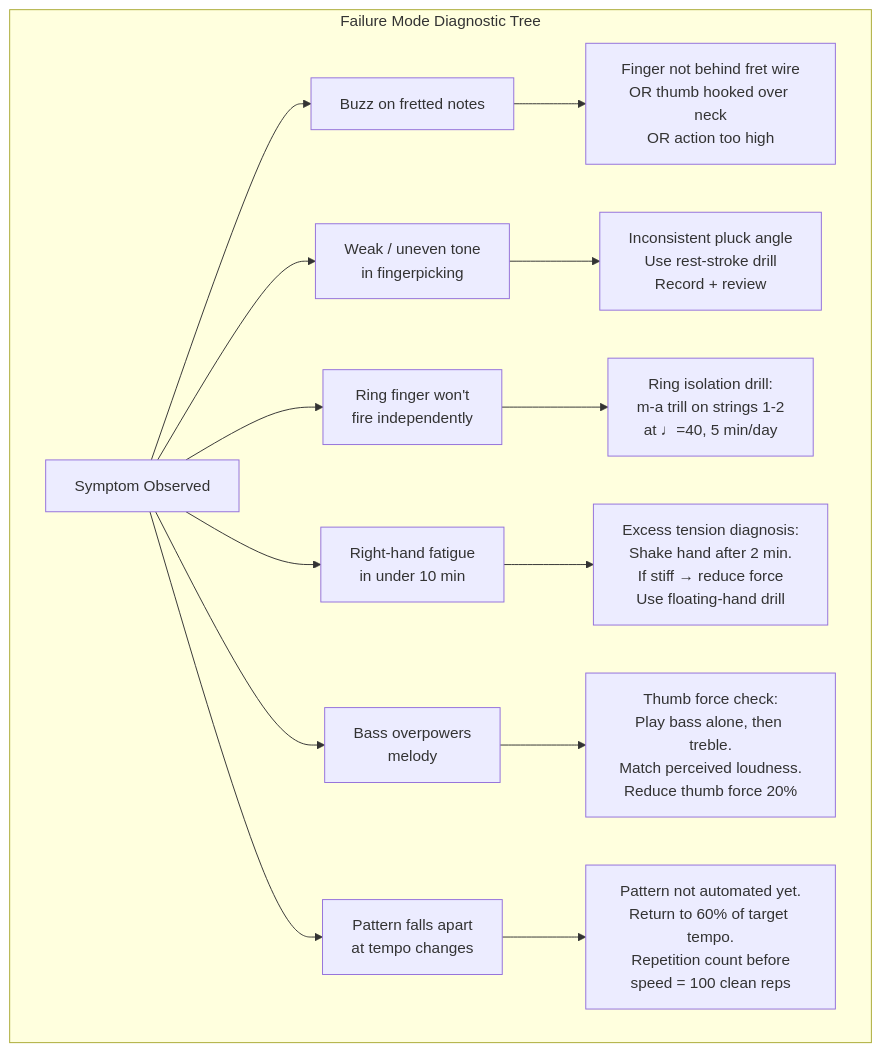
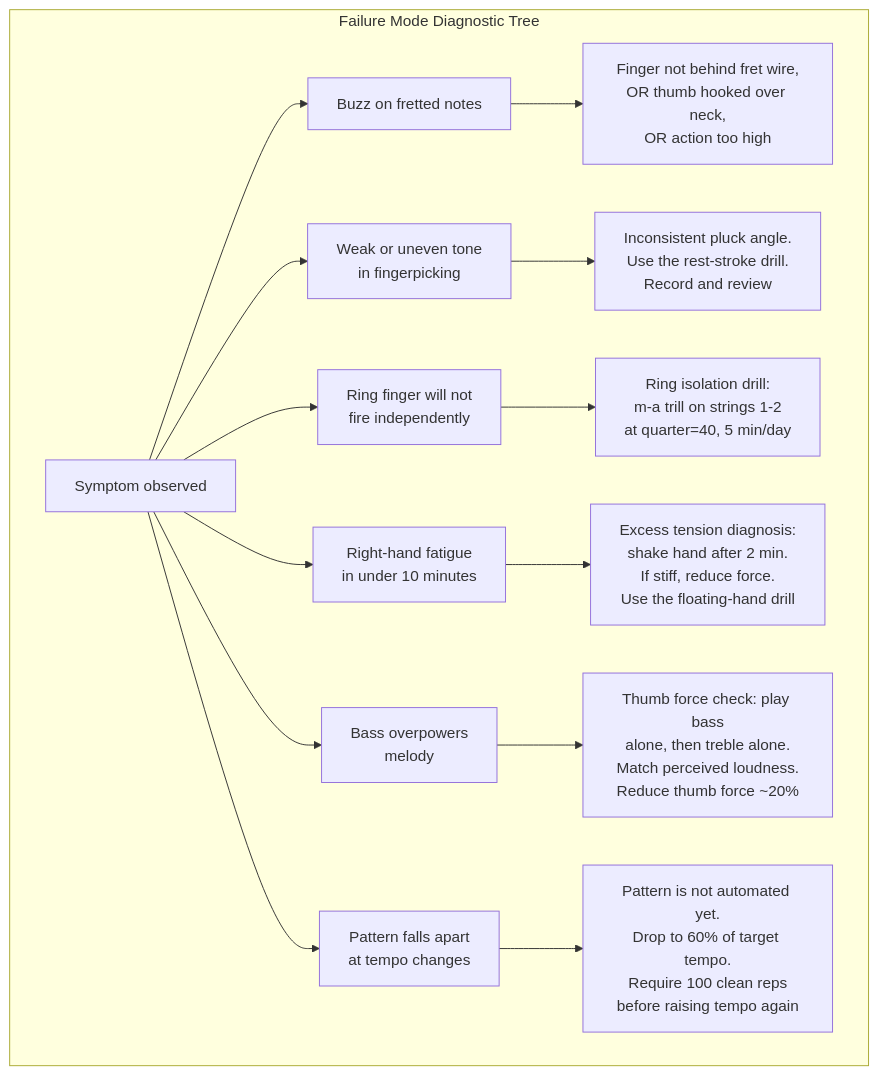
One commit to blebleblee/synapse changed the fourth of 5 diagrams in topics/arts/music_performance/acoustic_guitar/lesson_03_scales_and_fingerpicking.md. Above: the diagram before and after it, drawn with Mermaid. The commit also changed other lines of this file and 4 other files, not shown here.

````diff
--- a/topics/arts/music_performance/acoustic_guitar/lesson_03_scales_and_fingerpicking.md
+++ b/topics/arts/music_performance/acoustic_guitar/lesson_03_scales_and_fingerpicking.md
@@ -551,21 +521,26 @@
 ```mermaid
 flowchart TD
     subgraph sub_fail ["Failure Mode Diagnostic Tree"]
-        S["Symptom Observed"]
+        S["Symptom observed"]
         F1["Buzz on fretted notes"]
-        F2["Weak / uneven tone\nin fingerpicking"]
-        F3["Ring finger won't\nfire independently"]
-        F4["Right-hand fatigue\nin under 10 min"]
-        F5["Bass overpowers\nmelody"]
-        F6["Pattern falls apart\nat tempo changes"]
+        F2["Weak or uneven tone<br/>in fingerpicking"]
+        F3["Ring finger will not<br/>fire independently"]
+        F4["Right-hand fatigue<br/>in under 10 minutes"]
+        F5["Bass overpowers<br/>melody"]
+        F6["Pattern falls apart<br/>at tempo changes"]
 
-        S --> F1 & F2 & F3 & F4 & F5 & F6
+        S --> F1
+        S --> F2
+        S --> F3
+        S --> F4
+        S --> F5
+        S --> F6
 
-        F1 --> R1["Finger not behind fret wire\nOR thumb hooked over neck\nOR action too high"]
-        F2 --> R2["Inconsistent pluck angle\nUse rest-stroke drill\nRecord + review"]
-        F3 --> R3["Ring isolation drill:\nm-a trill on strings 1-2\nat ♩=40, 5 min/day"]
-        F4 --> R4["Excess tension diagnosis:\nShake hand after 2 min.\nIf stiff → reduce force\nUse floating-hand drill"]
-        F5 --> R5["Thumb force check:\nPlay bass alone, then treble.\nMatch perceived loudness.\nReduce thumb force 20%"]
-        F6 --> R6["Pattern not automated yet.\nReturn to 60% of target tempo.\nRepetition count before\nspeed = 100 clean reps"]
+        F1 --> R1["Finger not behind fret wire,<br/>OR thumb hooked over neck,<br/>OR action too high"]
+        F2 --> R2["Inconsistent pluck angle.<br/>Use the rest-stroke drill.<br/>Record and review"]
+        F3 --> R3["Ring isolation drill:<br/>m-a trill on strings 1-2<br/>at quarter=40, 5 min/day"]
+        F4 --> R4["Excess tension diagnosis:<br/>shake hand after 2 min.<br/>If stiff, reduce force.<br/>Use the floating-hand drill"]
+        F5 --> R5["Thumb force check: play bass<br/>alone, then treble alone.<br/>Match perceived loudness.<br/>Reduce thumb force ~20%"]
+        F6 --> R6["Pattern is not automated yet.<br/>Drop to 60% of target tempo.<br/>Require 100 clean reps<br/>before raising tempo again"]
     end
 ```
````
